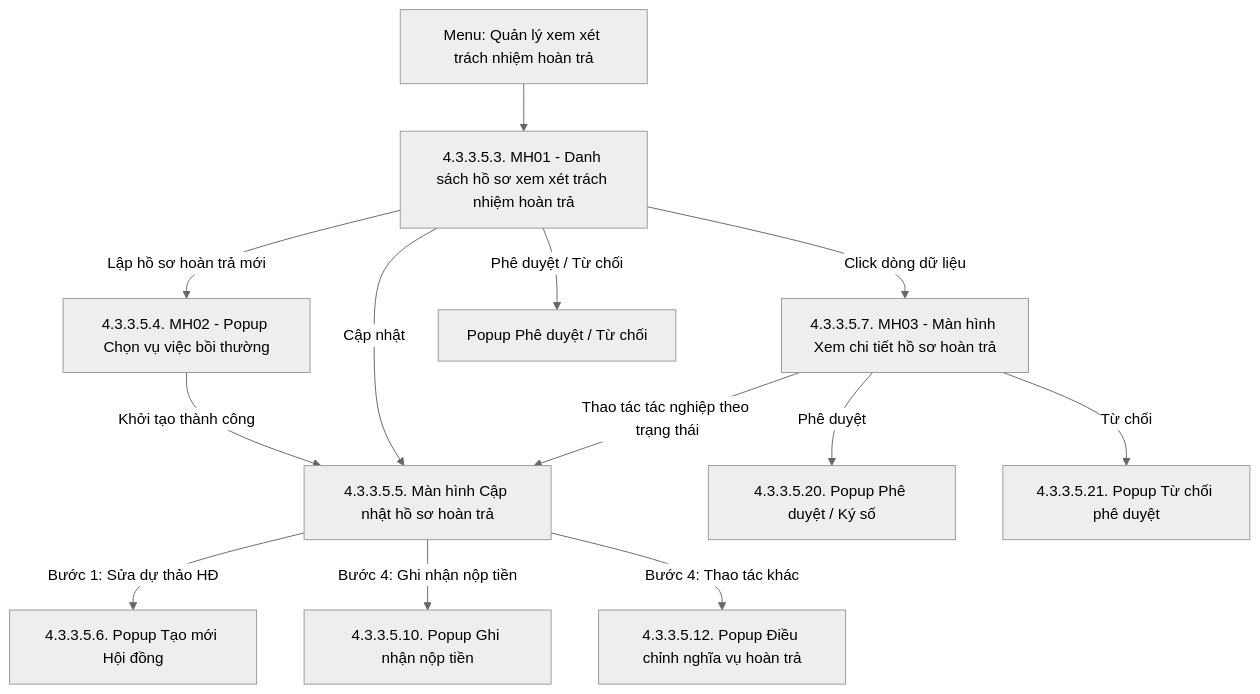
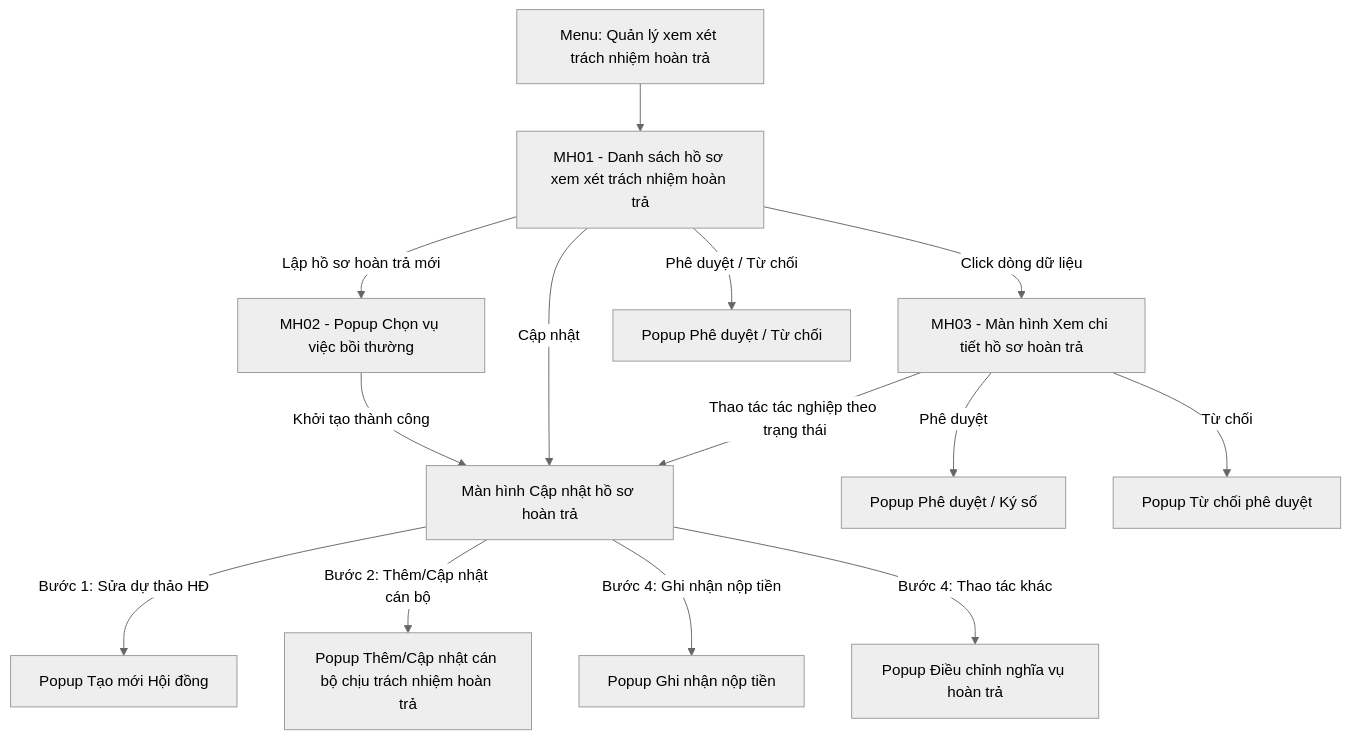
One commit to huyendt2007/BPBD_UI changed the diagram in Tai lieu phan tich/03_Website_Quan_tri/03_Cong_tac_boi_thuong/SRS_BTNN_GiaiQuyetBT_Xem xét Hoàn trả.md. Above: the diagram before and after it, drawn with Mermaid (neutral theme). The commit also changed other lines of this file and 19 other files, not shown here.

Commit message:
Hoàn thành QĐ giải quyết bồi thường + hiệu chỉnh Xem xét trách nhiệm hoàn trả

````diff
--- a/Tai lieu phan tich/03_Website_Quan_tri/03_Cong_tac_boi_thuong/SRS_BTNN_GiaiQuyetBT_Xem xét Hoàn trả.md
+++ b/Tai lieu phan tich/03_Website_Quan_tri/03_Cong_tac_boi_thuong/SRS_BTNN_GiaiQuyetBT_Xem xét Hoàn trả.md
@@ -27,15 +27,16 @@
 ```mermaid
 flowchart TD
-    A["Menu: Quản lý xem xét trách nhiệm hoàn trả"] --> B["4.3.3.5.3. MH01 - Danh sách hồ sơ xem xét trách nhiệm hoàn trả"]
-    B -->|Lập hồ sơ hoàn trả mới| C["4.3.3.5.4. MH02 - Popup Chọn vụ việc bồi thường"]
-    C -->|Khởi tạo thành công| D["4.3.3.5.5. Màn hình Cập nhật hồ sơ hoàn trả"]
-    B -->|Click dòng dữ liệu| E["4.3.3.5.7. MH03 - Màn hình Xem chi tiết hồ sơ hoàn trả"]
+    A["Menu: Quản lý xem xét trách nhiệm hoàn trả"] --> B["MH01 - Danh sách hồ sơ xem xét trách nhiệm hoàn trả"]
+    B -->|Lập hồ sơ hoàn trả mới| C["MH02 - Popup Chọn vụ việc bồi thường"]
+    C -->|Khởi tạo thành công| D["Màn hình Cập nhật hồ sơ hoàn trả"]
+    B -->|Click dòng dữ liệu| E["MH03 - Màn hình Xem chi tiết hồ sơ hoàn trả"]
     B -->|Cập nhật| D
     B -->|Phê duyệt / Từ chối| J["Popup Phê duyệt / Từ chối"]
-    D -->|Bước 1: Sửa dự thảo HĐ| F["4.3.3.5.6. Popup Tạo mới Hội đồng"]
-    D -->|Bước 4: Ghi nhận nộp tiền| H["4.3.3.5.10. Popup Ghi nhận nộp tiền"]
-    D -->|Bước 4: Thao tác khác| I["4.3.3.5.12. Popup Điều chỉnh nghĩa vụ hoàn trả"]
+    D -->|Bước 1: Sửa dự thảo HĐ| F["Popup Tạo mới Hội đồng"]
+    D -->|Bước 2: Thêm/Cập nhật cán bộ| G["Popup Thêm/Cập nhật cán bộ chịu trách nhiệm hoàn trả"]
+    D -->|Bước 4: Ghi nhận nộp tiền| H["Popup Ghi nhận nộp tiền"]
+    D -->|Bước 4: Thao tác khác| I["Popup Điều chỉnh nghĩa vụ hoàn trả"]
     E -->|Thao tác tác nghiệp theo trạng thái| D
-    E -->|Phê duyệt| J1["4.3.3.5.20. Popup Phê duyệt / Ký số"]
-    E -->|Từ chối| J2["4.3.3.5.21. Popup Từ chối phê duyệt"]
+    E -->|Phê duyệt| J1["Popup Phê duyệt / Ký số"]
+    E -->|Từ chối| J2["Popup Từ chối phê duyệt"]
 ```
````
